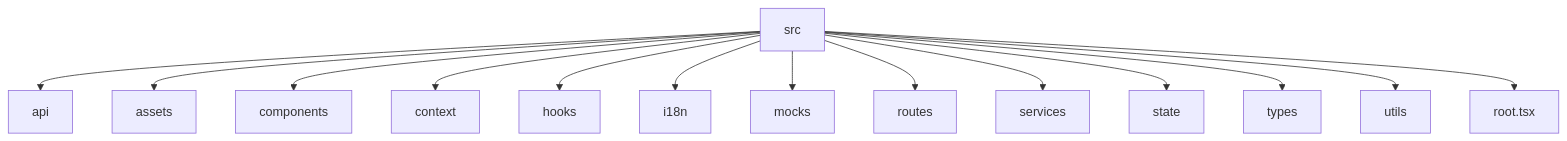
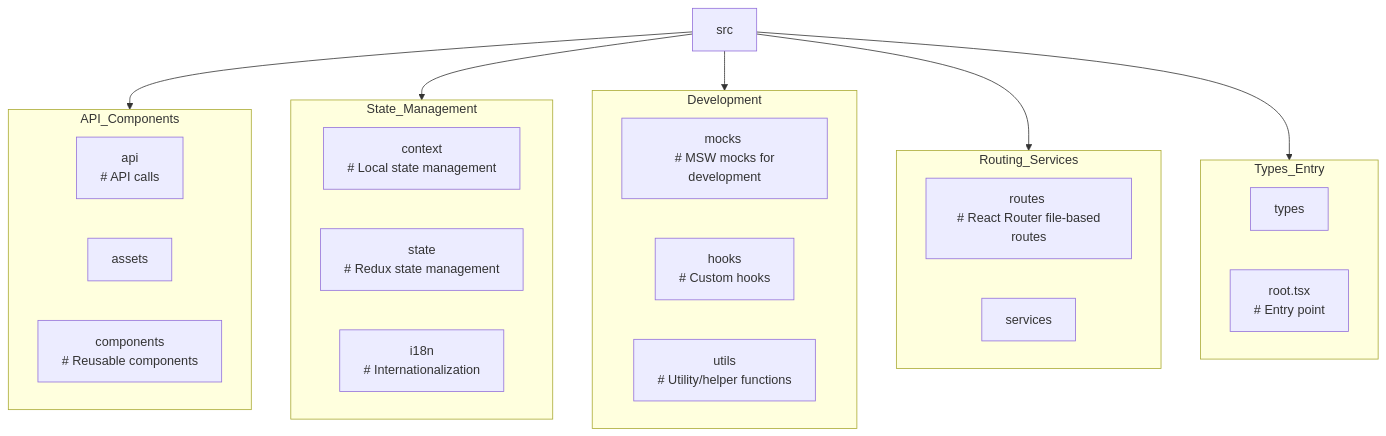
Before and after one commit to All-Hands-AI/OpenHands: the second of 2 diagrams in frontend/README.md, drawn with Mermaid.

````diff
--- a/frontend/README.md
+++ b/frontend/README.md
@@ -109,19 +109,39 @@
 ```mermaid
 flowchart TD
     D[src]
-    
-    D --> E[api ]
-    D --> F[assets]
-    D --> G[components]
-    D --> H[context]
-    D --> I[hooks]
-    D --> J[i18n]
-    D --> K[mocks]
-    D --> L[routes]
-    D --> M[services]
-    D --> N[state]
-    D --> O[types]
-    D --> P[utils]
-    D --> Q[root.tsx]
+
+    subgraph API_Components
+        E[api <br> # API calls]
+        F[assets]
+        G[components <br> # Reusable components]
+    end
+
+    subgraph State_Management
+        H[context <br> # Local state management]
+        N[state <br> # Redux state management]
+        J[i18n <br> # Internationalization]
+    end
+
+    subgraph Development
+        K[mocks <br> # MSW mocks for development]
+        I[hooks <br> # Custom hooks]
+        P[utils <br> # Utility/helper functions]
+    end
+
+    subgraph Routing_Services
+        L[routes <br> # React Router file-based routes]
+        M[services]
+    end
+
+    subgraph Types_Entry
+        O[types]
+        Q[root.tsx <br> # Entry point]
+    end
+
+    D --> API_Components
+    D --> State_Management
+    D --> Development
+    D --> Routing_Services
+    D --> Types_Entry
 
 ```
````
